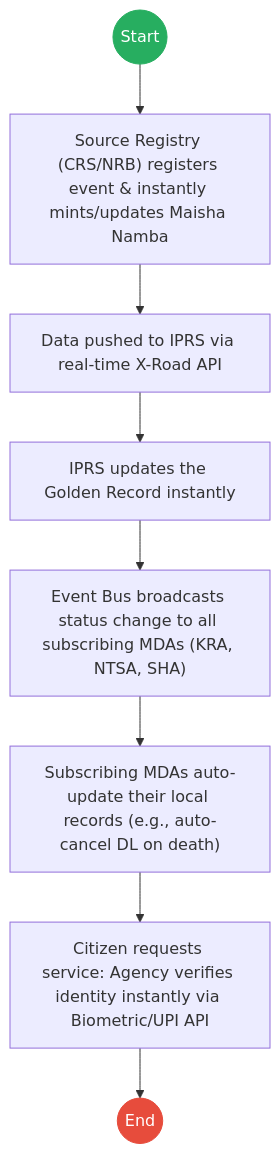
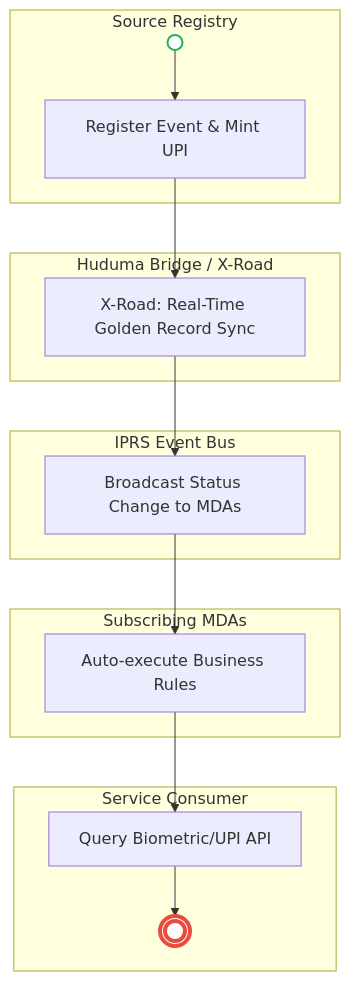
One commit to BITZ-IT-Consulting-LTD/ictapoc changed the third of 3 diagrams in mdas/docs_final/_INTEGRATED_POPULATION_REGISTRATION_SYSTEM___Service_Delivery.md. Above: the diagram before and after it, drawn with Mermaid. The commit also changed other lines of this file and 13 other files, not shown here.

````diff
--- a/mdas/docs_final/_INTEGRATED_POPULATION_REGISTRATION_SYSTEM___Service_Delivery.md
+++ b/mdas/docs_final/_INTEGRATED_POPULATION_REGISTRATION_SYSTEM___Service_Delivery.md
@@ -94,15 +106,26 @@
 ```mermaid
-graph TD
-    Start((Start)) --> T1
-    T1["Source Registry (CRS/NRB) registers event & instantly mints/updates Maisha Namba"] --> T2
-    T2["Data pushed to IPRS via real-time X-Road API"] --> T3
-    T3["IPRS updates the Golden Record instantly"] --> T4
-    T4["Event Bus broadcasts status change to all subscribing MDAs (KRA, NTSA, SHA)"] --> T5
-    T5["Subscribing MDAs auto-update their local records (e.g., auto-cancel DL on death)"] --> T6
-    T6["Citizen requests service: Agency verifies identity instantly via Biometric/UPI API"] --> End((End))
+flowchart TD
+    subgraph Registry["Source Registry"]
+        Start(( )) --> T1[Register Event & Mint UPI]
+    end
 
-    classDef start fill:#27ae60,stroke:#27ae60,color:#fff;
-    classDef endNode fill:#e74c3c,stroke:#e74c3c,color:#fff;
-    class Start start;
-    class End endNode;
+    subgraph Hub["Huduma Bridge / X-Road"]
+        T1 --> T2[X-Road: Real-Time Golden Record Sync]
+    end
+
+    subgraph IPRS["IPRS Event Bus"]
+        T2 --> T3[Broadcast Status Change to MDAs]
+    end
+
+    subgraph MDAs["Subscribing MDAs"]
+        T3 --> M1[Auto-execute Business Rules]
+    end
+
+    subgraph Consumer["Service Consumer"]
+        M1 --> A1[Query Biometric/UPI API]
+        A1 --> End((( )))
+    end
+
+    style Start fill:#fff,stroke:#27ae60,stroke-width:2px
+    style End fill:#fff,stroke:#e74c3c,stroke-width:4px
 ```
````
